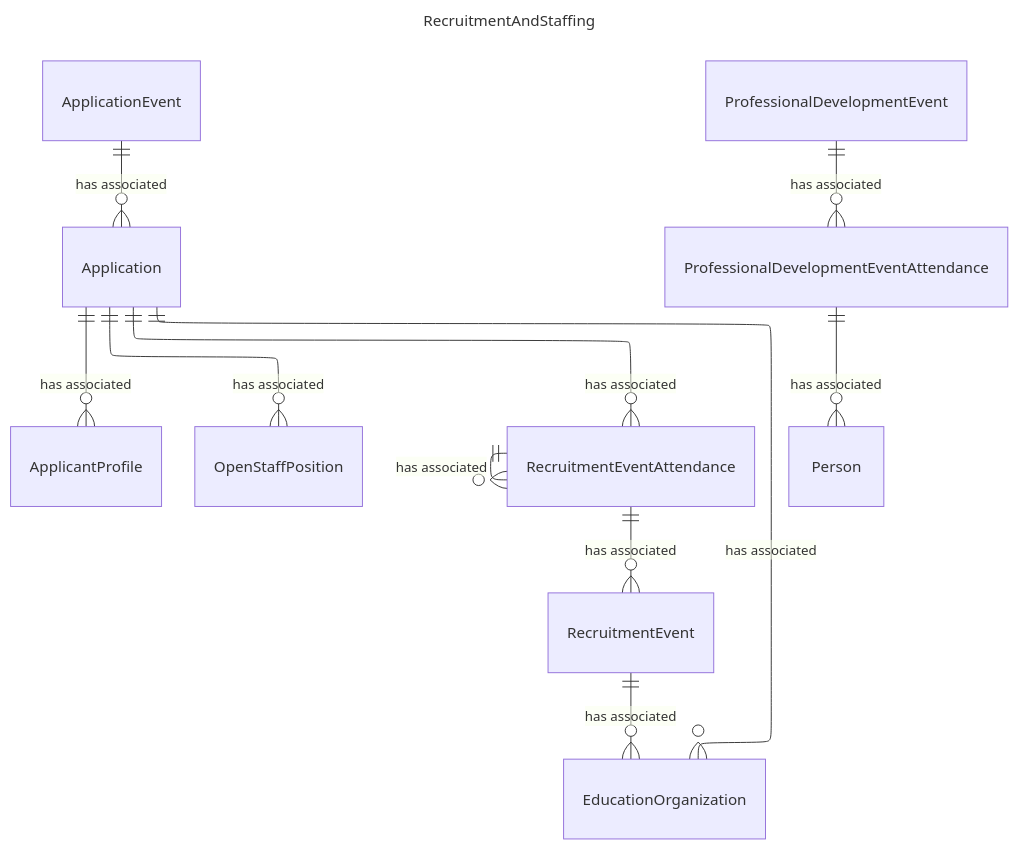
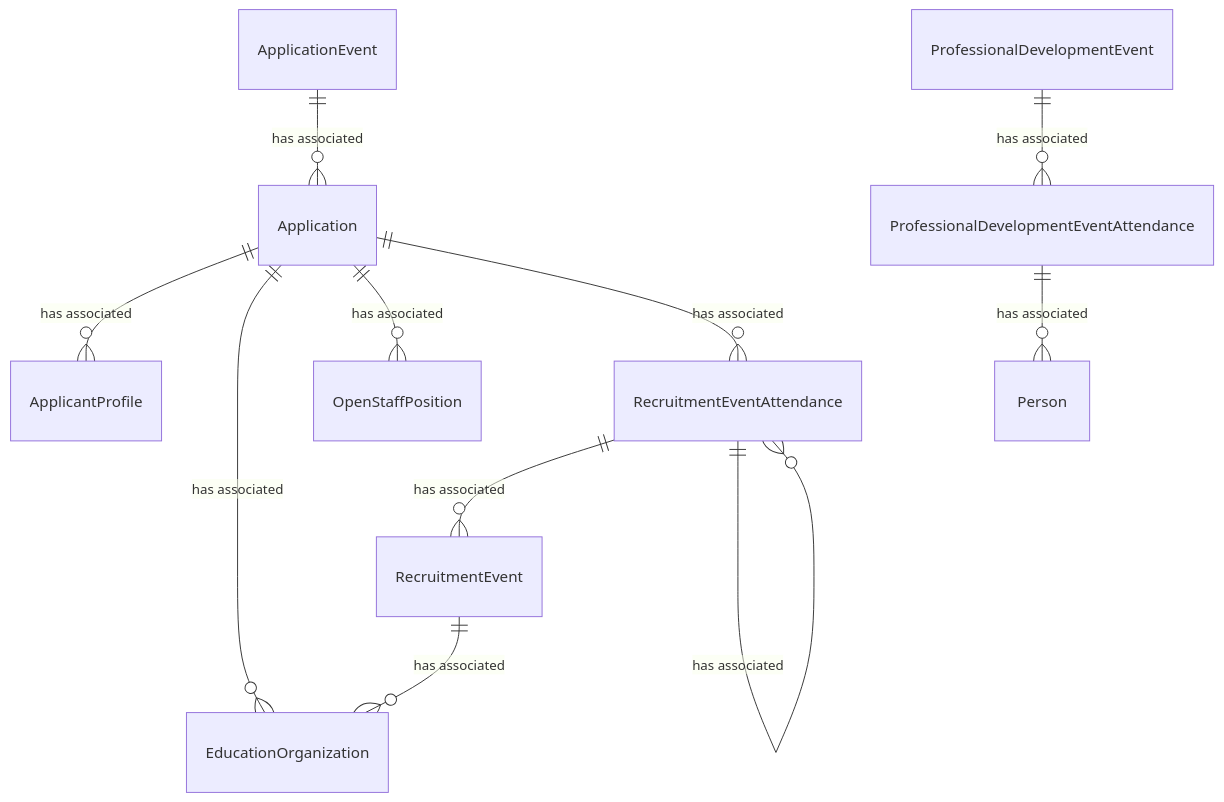
One commit to Ed-Fi-Alliance-OSS/ed-fi-alliance-oss.github.io changed the diagram in dataStandard_versioned_docs/version-6/model-reference/recruiting-and-staffing-domain/RecruitmentAndStaffing-simple.mmd. Above: the diagram before and after it, drawn with Mermaid. The commit also changed 132 other files, not shown here.

```diff
--- a/dataStandard_versioned_docs/version-6/model-reference/recruiting-and-staffing-domain/RecruitmentAndStaffing-simple.mmd
+++ b/dataStandard_versioned_docs/version-6/model-reference/recruiting-and-staffing-domain/RecruitmentAndStaffing-simple.mmd
@@ -1,36 +1,31 @@
----
-title: RecruitmentAndStaffing
-config:
-  layout: elk
----
 erDiagram
     ApplicantProfile {
     }
     Application {
     }
     ApplicationEvent {
     }
     OpenStaffPosition {
     }
     RecruitmentEvent {
     }
     RecruitmentEventAttendance {
     }
     ProfessionalDevelopmentEvent {
     }
     ProfessionalDevelopmentEventAttendance {
     }
     Person {
     }
     EducationOrganization {
     }
     Application ||--o{ ApplicantProfile : "has associated"
     Application ||--o{ EducationOrganization : "has associated"
     Application ||--o{ OpenStaffPosition : "has associated"
     Application ||--o{ RecruitmentEventAttendance : "has associated"
     ApplicationEvent ||--o{ Application : "has associated"
     RecruitmentEventAttendance ||--o{ RecruitmentEvent : "has associated"
     RecruitmentEventAttendance ||--o{ RecruitmentEventAttendance : "has associated"
     RecruitmentEvent ||--o{ EducationOrganization : "has associated"
     ProfessionalDevelopmentEvent ||--o{ ProfessionalDevelopmentEventAttendance : "has associated"
     ProfessionalDevelopmentEventAttendance ||--o{ Person : "has associated"
```
